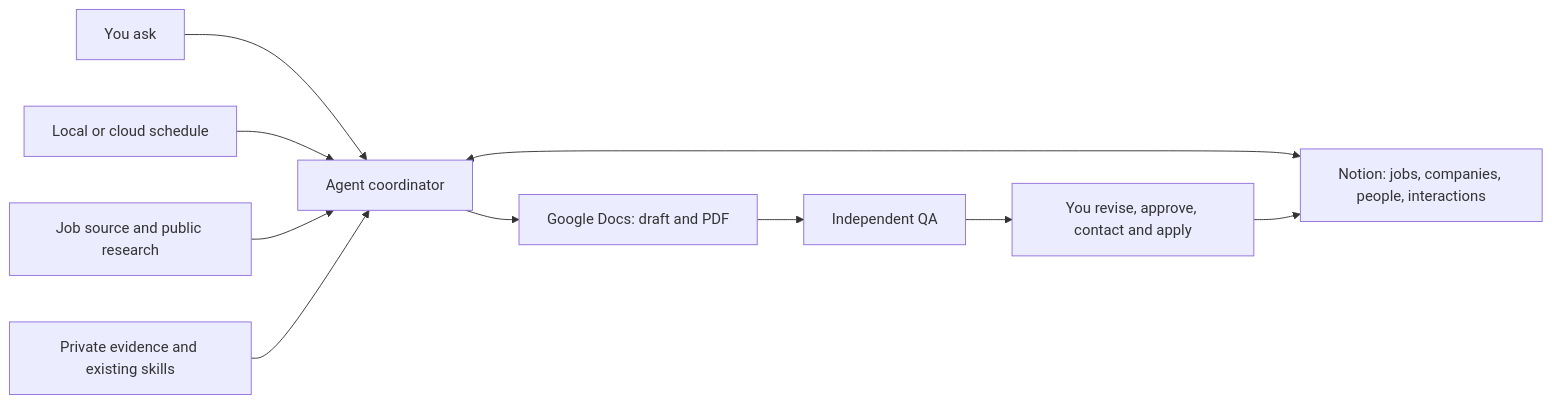
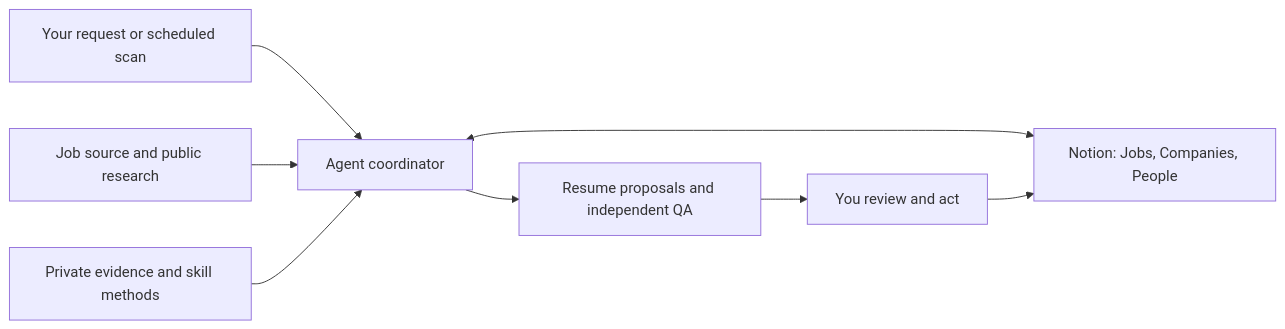
One commit to hieu-nguyen-nth/personal-recruiting-system changed the diagram in README.md. Above: the diagram before and after it, drawn with Mermaid. The commit also changed other lines of this file and 19 other files, not shown here.

Commit message:
Simplify recruiting schema and add generic skill examples

````diff
--- a/README.md
+++ b/README.md
@@ -11,12 +9,10 @@
 ```mermaid
 flowchart LR
-    A[You ask] --> C[Agent coordinator]
-    B[Local or cloud schedule] --> C
+    A[Your request or scheduled scan] --> C[Agent coordinator]
     S[Job source and public research] --> C
-    C <--> N[Notion: jobs, companies, people, interactions]
-    P[Private evidence and existing skills] --> C
-    C --> D[Google Docs: draft and PDF]
-    D --> Q[Independent QA]
-    Q --> H[You revise, approve, contact and apply]
+    E[Private evidence and skill methods] --> C
+    C <--> N[Notion: Jobs, Companies, People]
+    C --> D[Resume proposals and independent QA]
+    D --> H[You review and act]
     H --> N
 ```
````
